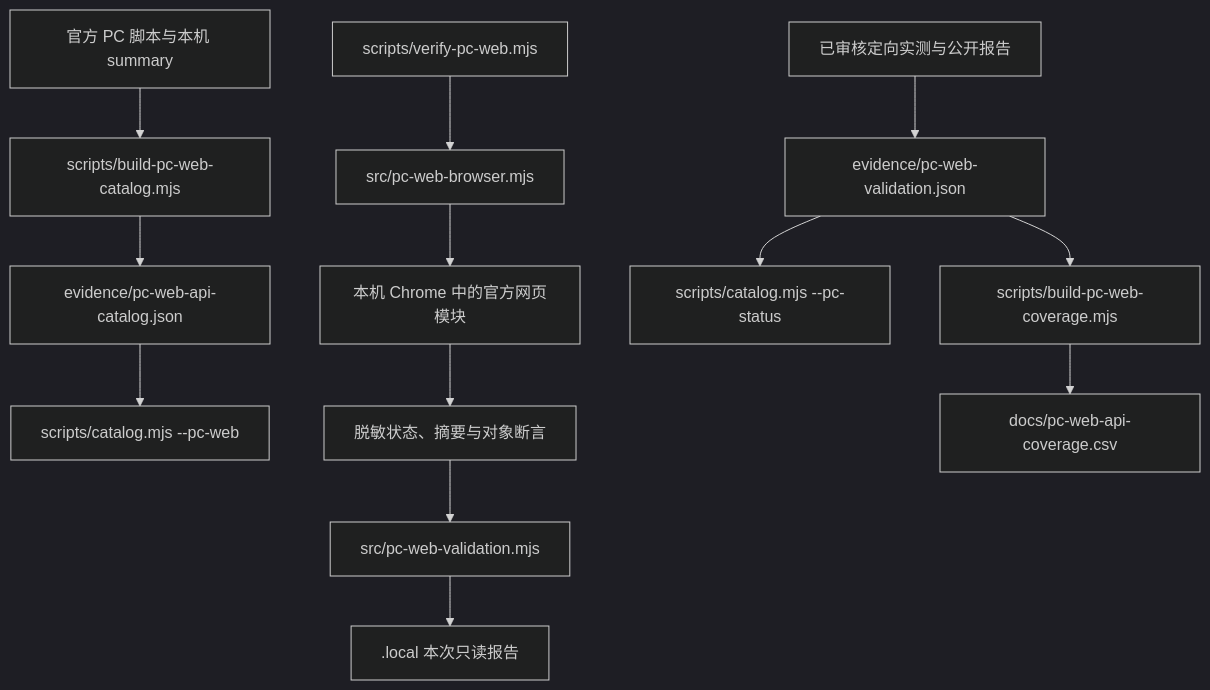
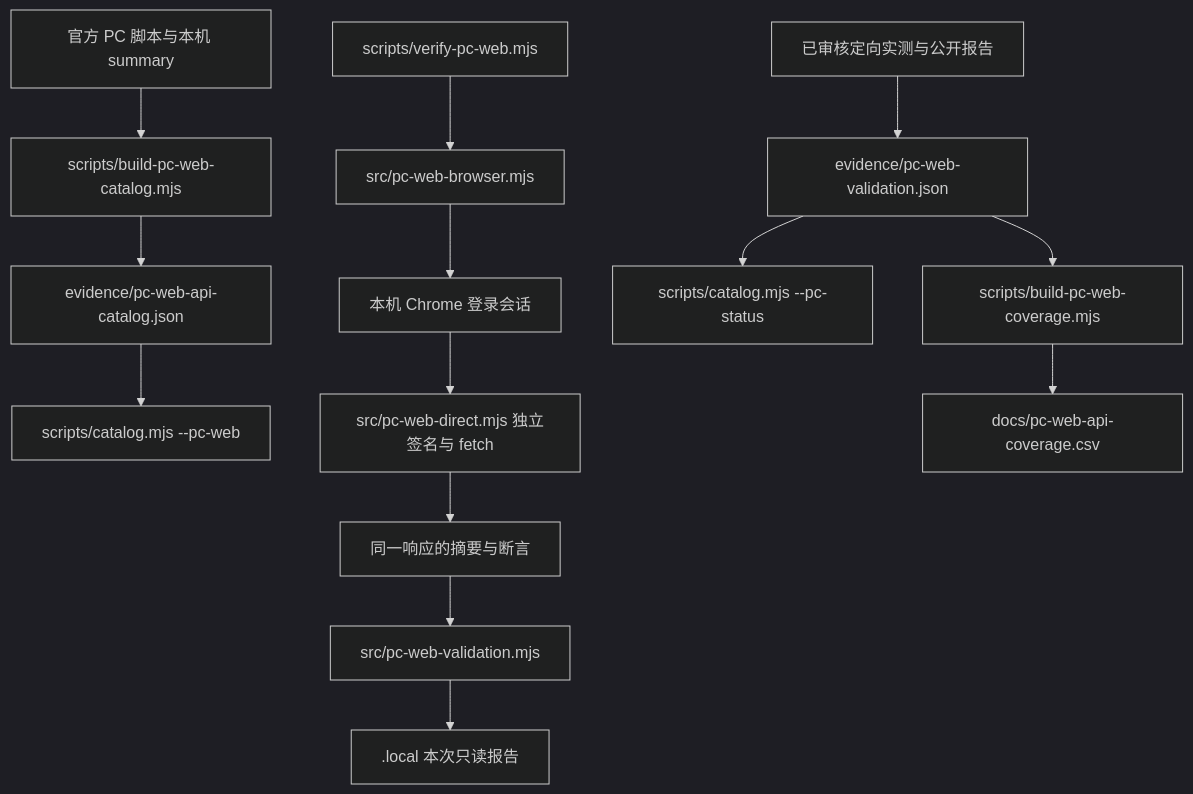
The first of 2 diagrams in docs/architecture.md (Billy775326/tieba-apis), drawn with Mermaid (dark theme) before and after one commit. The commit also changed other lines of this file and 22 other files, not shown here.

First line of the commit message:
fix(pc-web): validate direct HTTP responses and refresh stale sessions

````diff
--- a/docs/architecture.md
+++ b/docs/architecture.md
@@ -7,15 +7,16 @@
 ```mermaid
 flowchart TD
   Sources[官方 PC 脚本与本机 summary] --> CatalogBuilder[scripts/build-pc-web-catalog.mjs]
   CatalogBuilder --> Catalog[evidence/pc-web-api-catalog.json]
   Catalog --> Query[scripts/catalog.mjs --pc-web]
   Verify[scripts/verify-pc-web.mjs] --> RPC[src/pc-web-browser.mjs]
-  RPC --> Chrome[本机 Chrome 中的官方网页模块]
-  Chrome --> Metadata[脱敏状态、摘要与对象断言]
+  RPC --> Chrome[本机 Chrome 登录会话]
+  Chrome --> Direct[src/pc-web-direct.mjs 独立签名与 fetch]
+  Direct --> Metadata[同一响应的摘要与断言]
   Metadata --> Classify[src/pc-web-validation.mjs]
   Classify --> Local[.local 本次只读报告]
   Reviewed[已审核定向实测与公开报告] --> Ledger[evidence/pc-web-validation.json]
   Ledger --> Status[scripts/catalog.mjs --pc-status]
   Ledger --> Coverage[scripts/build-pc-web-coverage.mjs]
   Coverage --> CSV[docs/pc-web-api-coverage.csv]
 ```
````
